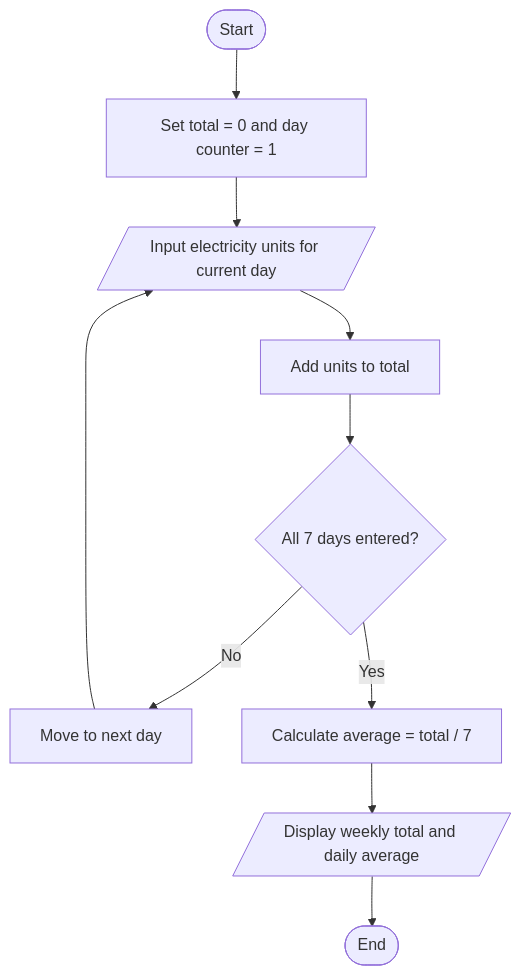
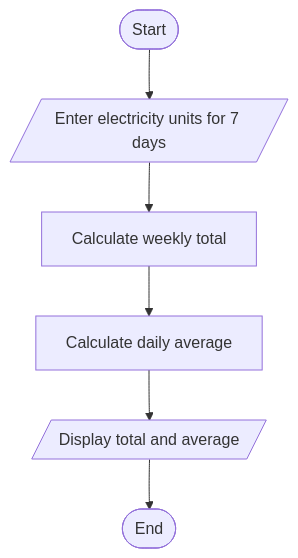
Before and after one commit to AmulyaShaineyCh/ABL-PYTHON: the diagram in 03_Electricity_Consumption/flowchart.md, drawn with Mermaid. The commit also changed other lines of this file, not shown here.

Commit message:
Simplify diagrammatic flowchart for project 3

````diff
--- a/03_Electricity_Consumption/flowchart.md
+++ b/03_Electricity_Consumption/flowchart.md
@@ -3,12 +3,8 @@
 ```mermaid
 flowchart TD
-    A([Start]) --> B[Set total = 0 and day counter = 1]
-    B --> C[/Input electricity units for current day/]
-    C --> D[Add units to total]
-    D --> E{All 7 days entered?}
-    E -- No --> F[Move to next day]
-    F --> C
-    E -- Yes --> G[Calculate average = total / 7]
-    G --> H[/Display weekly total and daily average/]
-    H --> I([End])
+ A([Start]) --> B[/Enter electricity units for 7 days/]
+ B --> C[Calculate weekly total]
+ C --> D[Calculate daily average]
+ D --> E[/Display total and average/]
+ E --> F([End])
 ```
````
